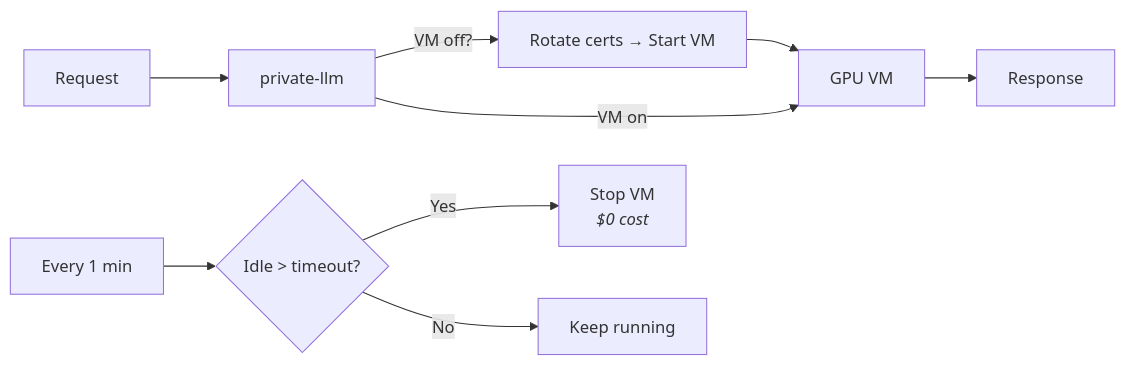
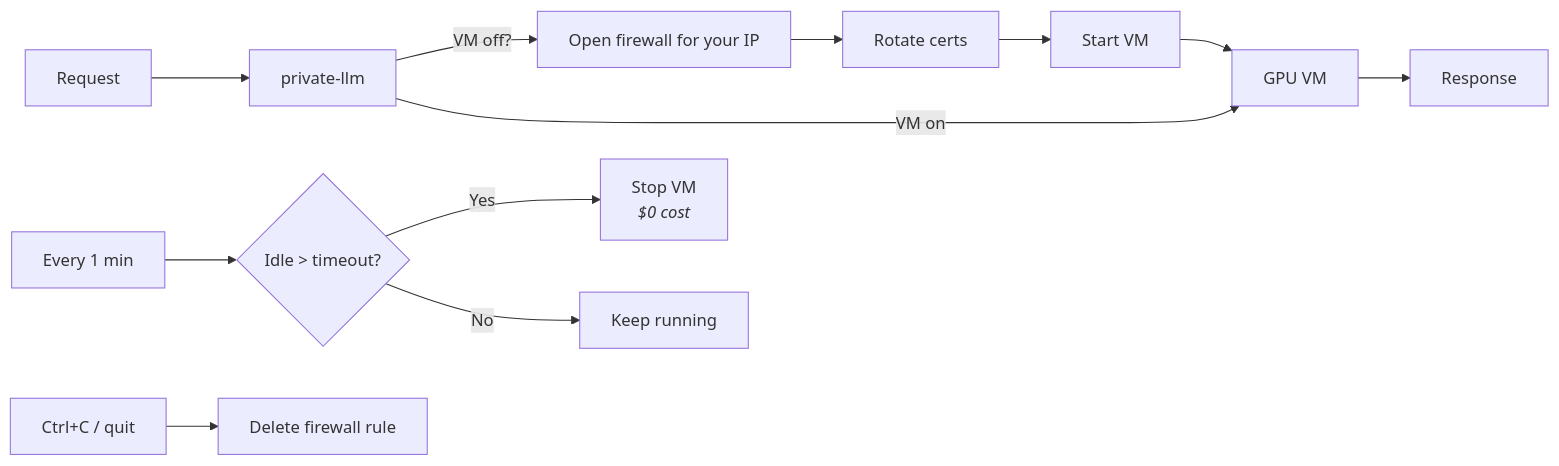
One commit to stewartpark/private-llm changed the diagram in README.md. Above: the diagram before and after it, drawn with Mermaid. The commit also changed other lines of this file and 2 other files, not shown here.

````diff
--- a/README.md
+++ b/README.md
@@ -217,11 +227,13 @@
 ```mermaid
 flowchart LR
     Request["Request"] --> Proxy["private-llm"]
-    Proxy -->|"VM off?"| Start["Rotate certs → Start VM"] --> VM
+    Proxy -->|"VM off?"| FW["Open firewall for your IP"] --> Rotate["Rotate certs"] --> Start["Start VM"] --> VM
     Proxy -->|"VM on"| VM["GPU VM"]
     VM --> Response["Response"]
 
     Timer["Every 1 min"] --> Check{"Idle > timeout?"}
     Check -->|Yes| Stop["Stop VM<br/><i>$0 cost</i>"]
     Check -->|No| Keep["Keep running"]
+
+    Quit["Ctrl+C / quit"] --> Cleanup["Delete firewall rule"]
 ```
````
